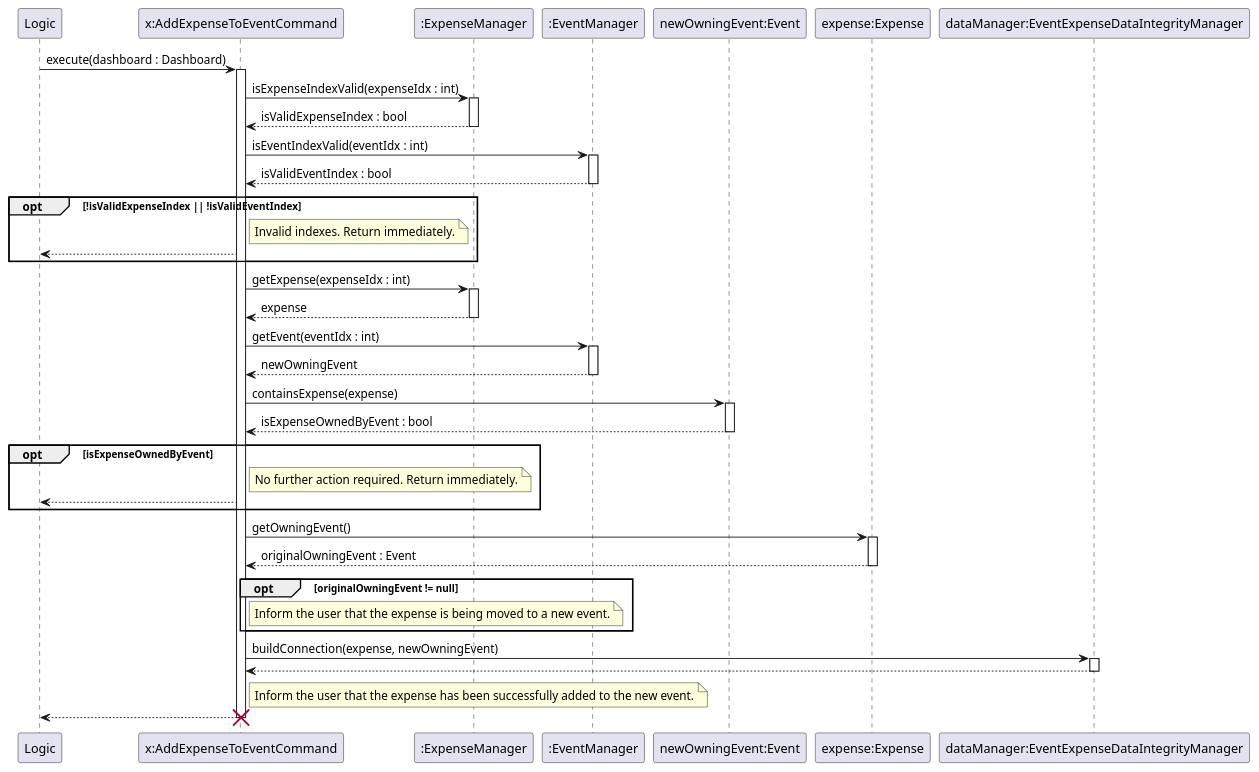
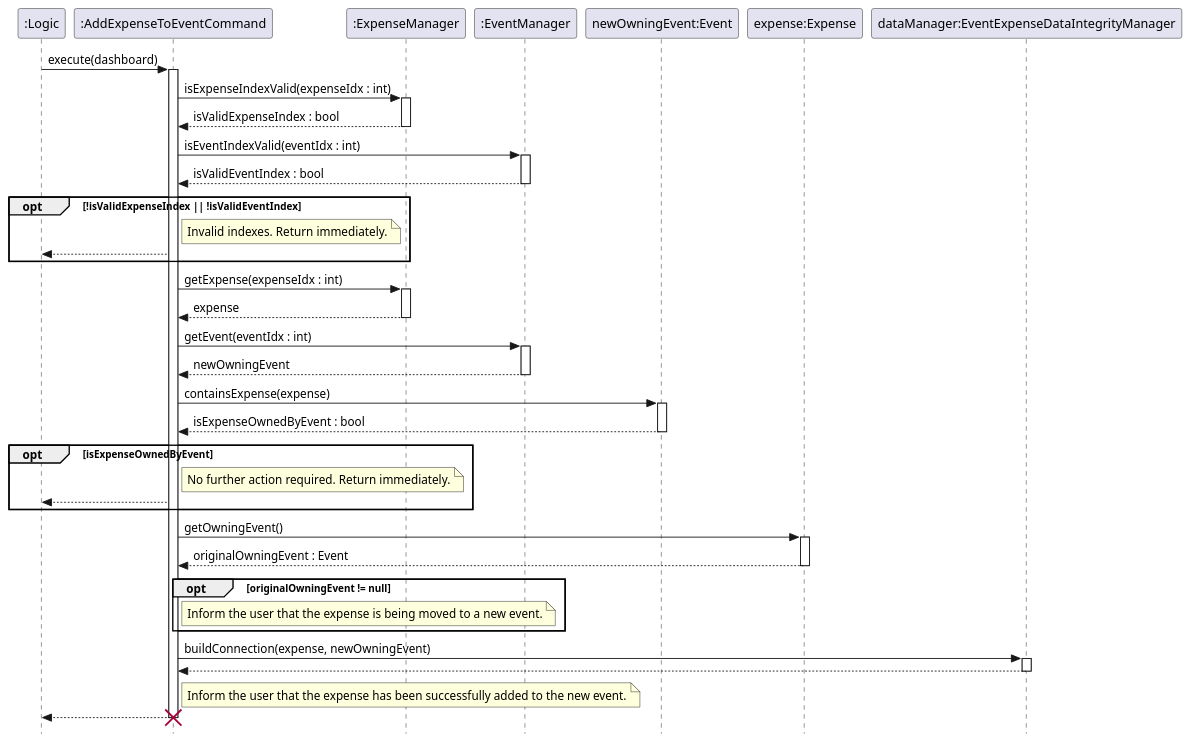
One commit to JianJiaT/tp changed the diagram in docs/team/UML_Files/executeAddExpenseToEventCommand.puml. Above: the diagram before and after it, drawn with PlantUML. The commit also changed 7 other files, not shown here.

```diff
--- a/docs/team/UML_Files/executeAddExpenseToEventCommand.puml
+++ b/docs/team/UML_Files/executeAddExpenseToEventCommand.puml
@@ -1,77 +1,79 @@
 @startuml
-participant Logic 
-participant "x:AddExpenseToEventCommand" as Command
+skinparam Style strictuml
+
+participant ":Logic" AS Logic
+participant ":AddExpenseToEventCommand" as Command
 participant ":ExpenseManager" as ExpenseManager
 participant ":EventManager" as EventManager
 participant "newOwningEvent:Event" as noe
 participant "expense:Expense" as Expense
 participant "dataManager:EventExpenseDataIntegrityManager" as dataManager
 
 
-Logic -> Command: execute(dashboard : Dashboard)
+Logic -> Command: execute(dashboard)
 activate Command
 
 Command -> ExpenseManager: isExpenseIndexValid(expenseIdx : int)
 activate ExpenseManager
 ExpenseManager --> Command: isValidExpenseIndex : bool
 deactivate ExpenseManager
 
 Command -> EventManager: isEventIndexValid(eventIdx : int)
 activate EventManager
 EventManager --> Command: isValidEventIndex : bool
 deactivate EventManager
 
 opt !isValidExpenseIndex || !isValidEventIndex
     note right of Command
         Invalid indexes. Return immediately.
     end note
     Command --> Logic: 
 end
 
 Command -> ExpenseManager: getExpense(expenseIdx : int)
 activate ExpenseManager
 ExpenseManager --> Command: expense
 deactivate ExpenseManager
 
 Command -> EventManager: getEvent(eventIdx : int)
 activate EventManager
 EventManager --> Command: newOwningEvent
 deactivate EventManager
 
 Command -> noe : containsExpense(expense)
 activate noe
 noe --> Command: isExpenseOwnedByEvent : bool
 deactivate noe
 
 opt isExpenseOwnedByEvent
     note right of Command
         No further action required. Return immediately.
     end note
     Command --> Logic:
 end
 
 Command -> Expense: getOwningEvent()
 activate Expense
 Expense --> Command: originalOwningEvent : Event
 deactivate Expense
 
 opt originalOwningEvent != null
     note right of Command
         Inform the user that the expense is being moved to a new event.
     end note
 end
 
 Command -> dataManager: buildConnection(expense, newOwningEvent)
 activate dataManager
 dataManager --> Command:
 deactivate dataManager
 
 note right of Command
     Inform the user that the expense has been successfully added to the new event.
 end note
 
 Command --> Logic:
 deactivate Command
 destroy Command
 
 @enduml
```
